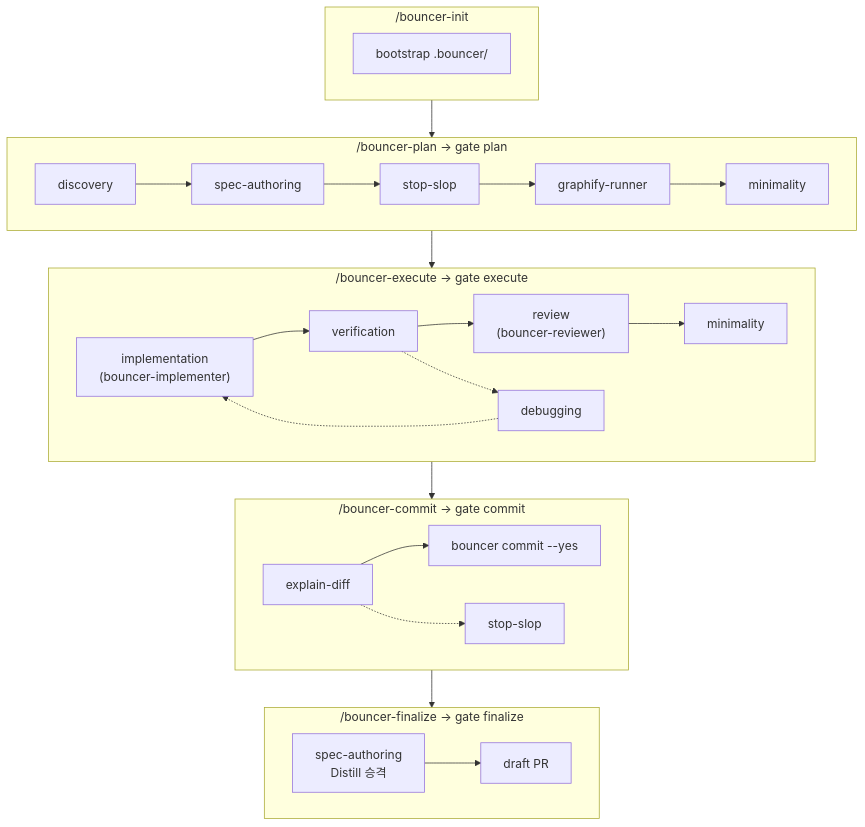
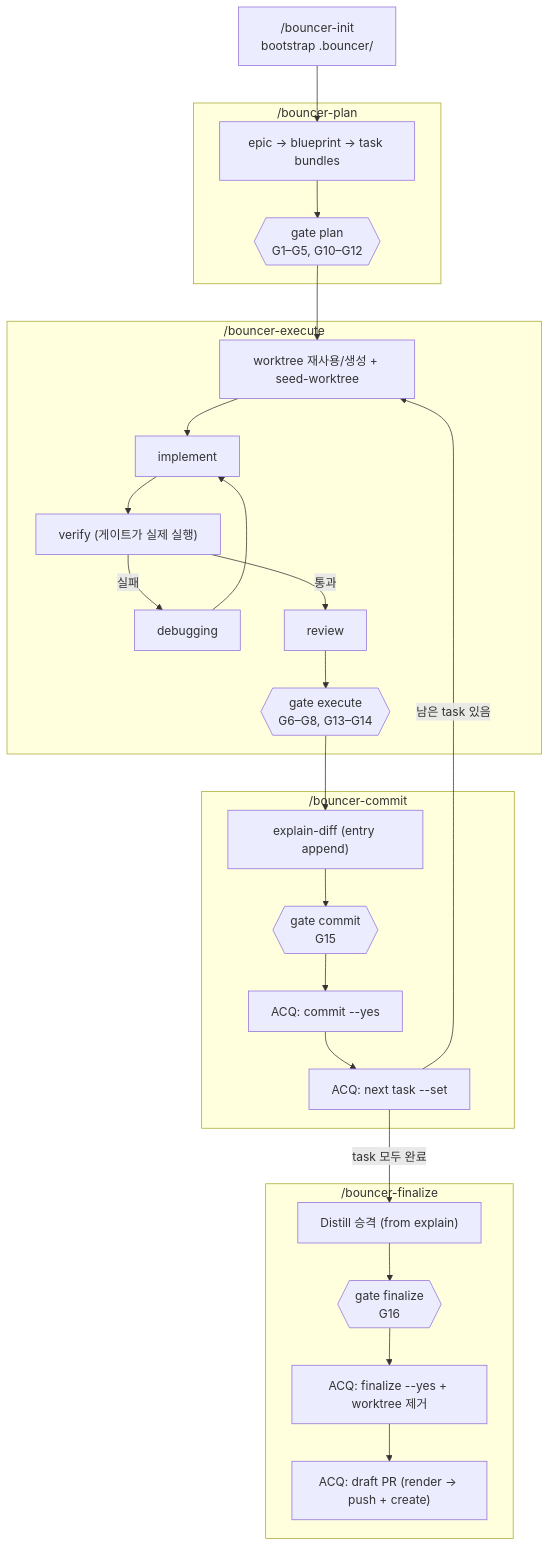
The diagram in README.md (cheongfish/bouncer), drawn with Mermaid before and after one commit.

Commit message:
docs: 워크플로 다이어그램을 게이트·ACQ 흐름에 맞춤
- 기존 다이어그램이 스킬 나열 중심이라 실제 단계·게이트 흐름을 읽기 어려웠음
- README에서 plan→execute→commit→finalize와 게이트 코드를 한눈에 보이게 하려 함
- mermaid를 단계별 subgraph와 gate/ACQ 노드 중심으로 재작성하고, task 루프·finalize 분기를 추가함

````diff
--- a/README.md
+++ b/README.md
@@ -28,35 +28,35 @@
 ```mermaid
-flowchart TB
-  subgraph init["/bouncer-init"]
-    BI["bootstrap .bouncer/"]
-  end
+flowchart TD
+    BI["/bouncer-init<br/>bootstrap .bouncer/"]
 
-  subgraph plan["/bouncer-plan → gate plan"]
-    direction LR
-    D[discovery] --> SA1[spec-authoring]
-    SA1 --> SS[stop-slop]
-    SS --> GR[graphify-runner]
-    GR --> M1[minimality]
-  end
+    subgraph PLAN["/bouncer-plan"]
+        P1["epic → blueprint → task bundles"] --> P2{{"gate plan<br/>G1–G5, G10–G12"}}
+    end
 
-  subgraph exec["/bouncer-execute → gate execute"]
-    direction LR
-    IMP["implementation<br/>(bouncer-implementer)"] --> VER[verification]
-    VER --> REV["review<br/>(bouncer-reviewer)"]
-    VER -.-> DBG[debugging]
-    DBG -.-> IMP
-    REV --> M2[minimality]
-  end
+    subgraph EXEC["/bouncer-execute"]
+        E1["worktree 재사용/생성 + seed-worktree"] --> E2["implement"]
+        E2 --> E3["verify (게이트가 실제 실행)"]
+        E3 -- 실패 --> E4["debugging"]
+        E4 --> E2
+        E3 -- 통과 --> E5["review"]
+        E5 --> E6{{"gate execute<br/>G6–G8, G13–G14"}}
+    end
 
-  subgraph commit["/bouncer-commit → gate commit"]
-    direction LR
-    ED[explain-diff] --> CM["bouncer commit --yes"]
-    ED -.-> SS2[stop-slop]
-  end
+    subgraph COMMIT["/bouncer-commit"]
+        C1["explain-diff (entry append)"] --> C2{{"gate commit<br/>G15"}}
+        C2 --> C3["ACQ: commit --yes"]
+        C3 --> C4["ACQ: next task --set"]
+    end
 
-  subgraph fin["/bouncer-finalize → gate finalize"]
-    SA2["spec-authoring<br/>Distill 승격"] --> PR[draft PR]
-  end
+    subgraph FIN["/bouncer-finalize"]
+        F1["Distill 승격 (from explain)"] --> F2{{"gate finalize<br/>G16"}}
+        F2 --> F3["ACQ: finalize --yes + worktree 제거"]
+        F3 --> F4["ACQ: draft PR (render → push + create)"]
+    end
 
-  init --> plan --> exec --> commit --> fin
+    BI --> P1
+    P2 --> E1
+    E6 --> C1
+    C4 -- "남은 task 있음" --> E1
+    C4 -- "task 모두 완료" --> F1
 ```
````
